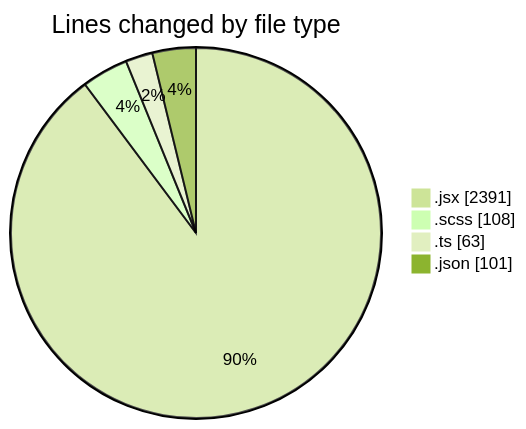
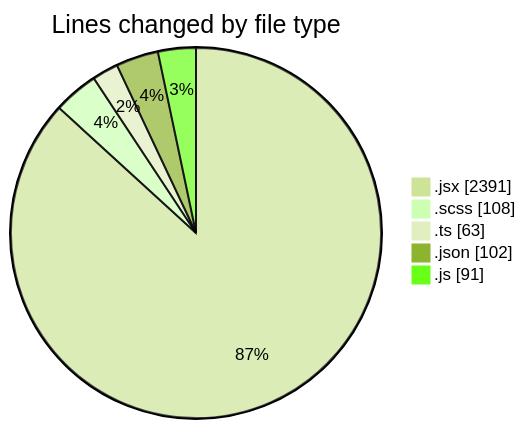
One commit to momahboobian/code-tracking changed the first of 2 diagrams in 2026-09-01/cda/README.md. Above: the diagram before and after it, drawn with Mermaid (forest theme). The commit also changed other lines of this file and 1 other file, not shown here.

````diff
--- a/2026-09-01/cda/README.md
+++ b/2026-09-01/cda/README.md
@@ -50,8 +51,9 @@
 ```mermaid
 pie showData
 title Lines changed by file type
 ".jsx" : 2391
 ".scss" : 108
 ".ts" : 63
-".json" : 101
+".json" : 102
+".js" : 91
 ```
````
